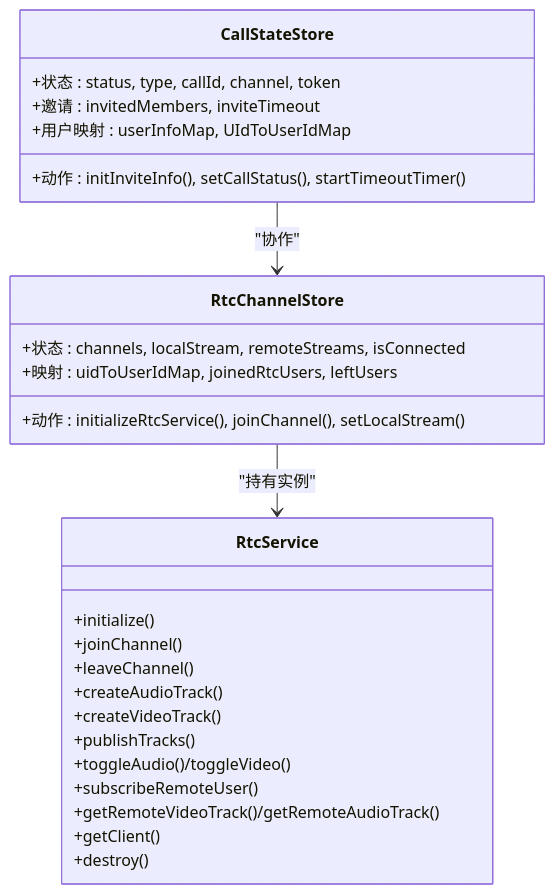
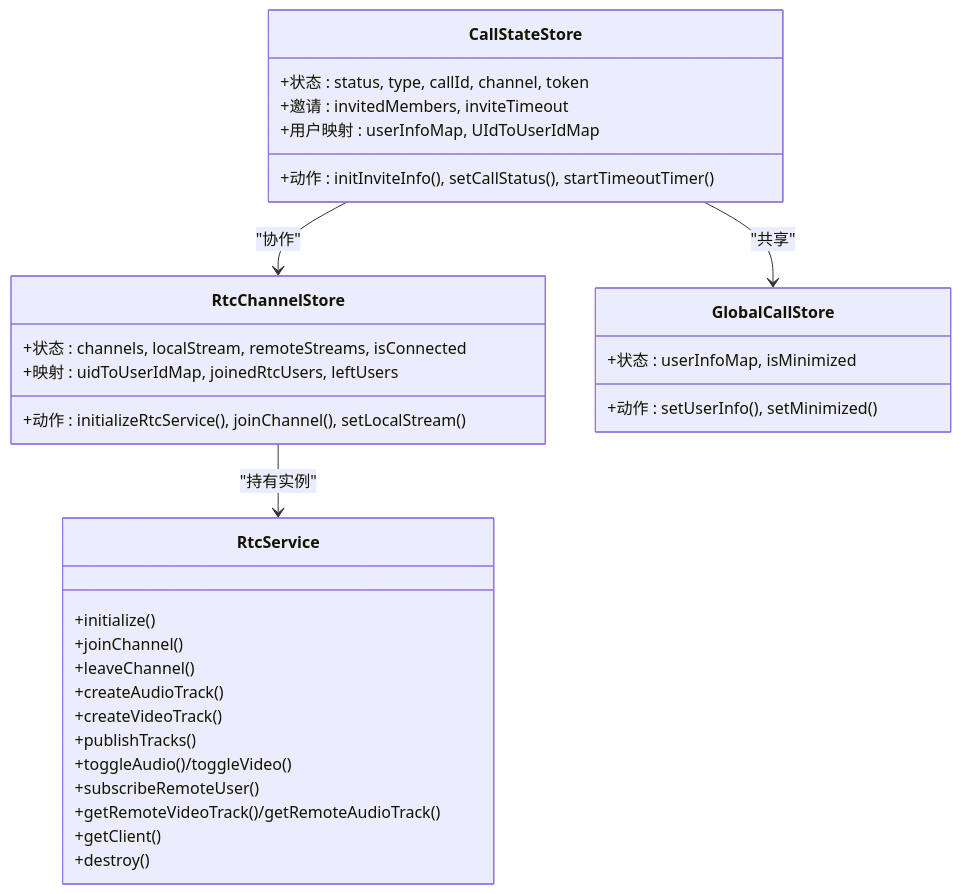
Before and after one commit to Easemob-Community/easemob-uikit-callkit-vue3: the fourth of 14 diagrams in .qoder/repowiki/zh/content/架构设计.md, drawn with Mermaid. The commit also changed other lines of this file and 58 other files, not shown here.

````diff
--- a/.qoder/repowiki/zh/content/架构设计.md
+++ b/.qoder/repowiki/zh/content/架构设计.md
@@ -164,29 +211,34 @@
 ```mermaid
 classDiagram
 class CallStateStore {
 +状态 : status, type, callId, channel, token
 +邀请 : invitedMembers, inviteTimeout
 +用户映射 : userInfoMap, UIdToUserIdMap
 +动作 : initInviteInfo(), setCallStatus(), startTimeoutTimer()
 }
 class RtcChannelStore {
 +状态 : channels, localStream, remoteStreams, isConnected
 +映射 : uidToUserIdMap, joinedRtcUsers, leftUsers
 +动作 : initializeRtcService(), joinChannel(), setLocalStream()
+}
+class GlobalCallStore {
++状态 : userInfoMap, isMinimized
++动作 : setUserInfo(), setMinimized()
 }
 class RtcService {
 +initialize()
 +joinChannel()
 +leaveChannel()
 +createAudioTrack()
 +createVideoTrack()
 +publishTracks()
 +toggleAudio()/toggleVideo()
 +subscribeRemoteUser()
 +getRemoteVideoTrack()/getRemoteAudioTrack()
 +getClient()
 +destroy()
 }
 CallStateStore --> RtcChannelStore : "协作"
+CallStateStore --> GlobalCallStore : "共享"
 RtcChannelStore --> RtcService : "持有实例"
 ```
````
